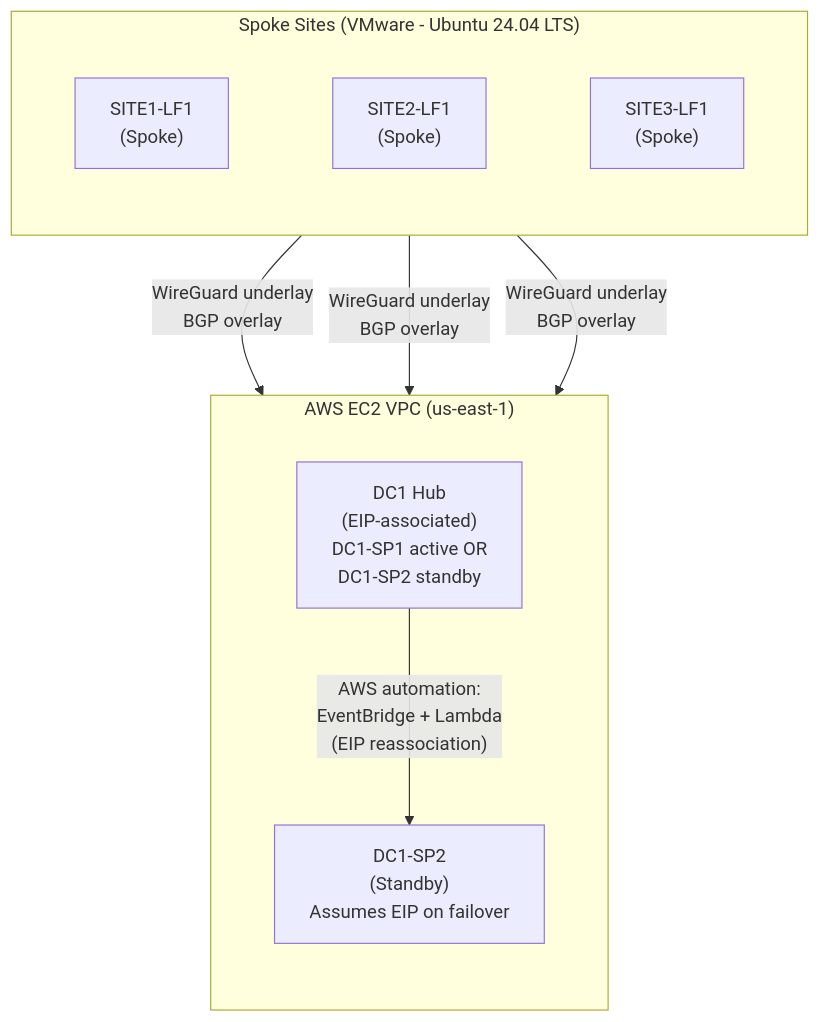
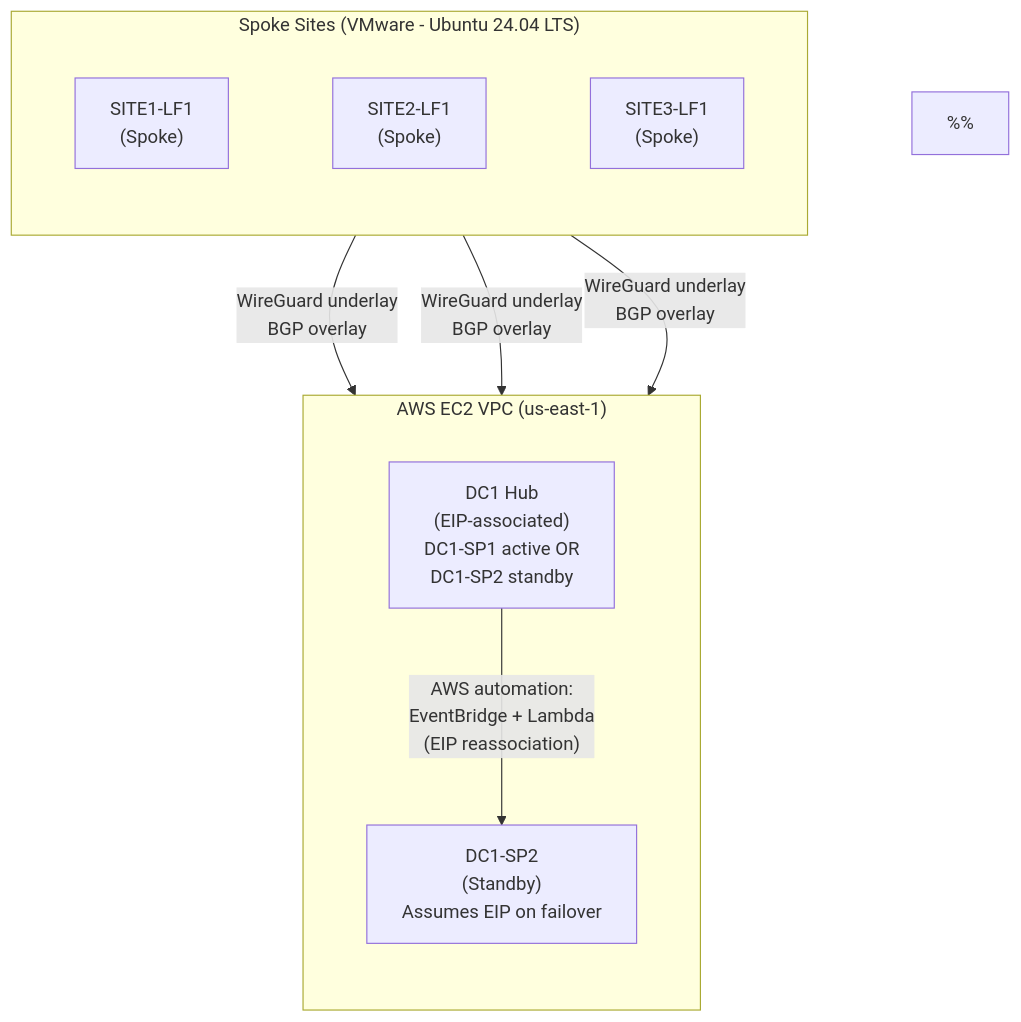
The diagram in diagrams/logical-architecture.mmd (erschmittnetwork/aws-wireguard-bgp-wan), drawn with Mermaid before and after one commit.

Commit message:
Reposition graph TD before comment block

```diff
--- a/diagrams/logical-architecture.mmd
+++ b/diagrams/logical-architecture.mmd
@@ -1,20 +1,89 @@
 %%{init: {'theme':'default','flowchart':{'htmlLabels': true, 'nodeSpacing':90, 'rankSpacing': 90}}}%%
 graph TD
+
+%%=====================================================================
+%% Logical Architecture Diagram
+%%
+%% Purpose:
+%%   Illustrates high-level WAN topology for the AWS WireGuard BGP lab.
+%%
+%% Scope:
+%%   - Logical connectivity only (not physical rack topology)
+%%   - Control-plane and data-plane relationships
+%%   - Failover mechanism via Elastic IP reassociation
+%%
+%% Exclusions:
+%%   - No route table visualization
+%%   - No packet-flow sequencing
+%%
+%% Layout Configuration:
+%%   - TD (top-down) flow for readability
+%%   - Increased nodeSpacing and rankSpacing for clarity
+%%   - htmlLabels enabled to allow line breaks in nodes
+%%=====================================================================
+
+  %%-------------------------------------------------------------------
+  %% Spoke Sites (On-Prem / Virtualized)
+  %%
+  %% Modeled as Ubuntu 24.04 LTS virtual machines hosted on VMware.
+  %% Each spoke establishes:
+  %%   - WireGuard encrypted tunnel (data plane)
+  %%   - BGP peering session (control plane)
+  %%-------------------------------------------------------------------
   subgraph Sites["Spoke Sites (VMware - Ubuntu 24.04 LTS)"]
     direction TB
     SITE1["SITE1-LF1<br/>(Spoke)"]
     SITE2["SITE2-LF1<br/>(Spoke)"]
     SITE3["SITE3-LF1<br/>(Spoke)"]
   end
 
+  %%-------------------------------------------------------------------
+  %% AWS Hub Environment
+  %%
+  %% Single VPC in us-east-1 containing two hub instances.
+  %%
+  %% DC1-SP1:
+  %%   - Active hub under normal operation
+  %%   - Associated with Elastic IP
+  %%
+  %% DC1-SP2:
+  %%   - Standby hub
+  %%   - Assumes Elastic IP upon failover
+  %%
+  %% Elastic IP serves as stable ingress endpoint for spokes.
+  %%-------------------------------------------------------------------
   subgraph AWS["AWS EC2 VPC (us-east-1)"]
     direction TB
     HUB["DC1 Hub<br/>(EIP-associated)<br/>DC1-SP1 active OR<br/>DC1-SP2 standby"]
     HUB2["DC1-SP2<br/>(Standby)<br/>Assumes EIP on failover"]
   end
 
+  %%-------------------------------------------------------------------
+  %% Spoke-to-Hub Connectivity
+  %%
+  %% Underlay:
+  %%   - WireGuard encrypted UDP transport
+  %%
+  %% Overlay:
+  %%   - BGP peering for dynamic route advertisement
+  %%
+  %% All spokes peer with the active hub endpoint (EIP).
+  %%-------------------------------------------------------------------
   SITE1 -->|"WireGuard underlay<br/>BGP overlay"| HUB
   SITE2 -->|"WireGuard underlay<br/>BGP overlay"| HUB
   SITE3 -->|"WireGuard underlay<br/>BGP overlay"| HUB
 
+  %%-------------------------------------------------------------------
+  %% Hub Failover Automation
+  %%
+  %% Trigger Mechanism:
+  %%   - AWS EventBridge monitors hub state
+  %%
+  %% Action:
+  %%   - Lambda function reassigns Elastic IP
+  %%
+  %% Effect:
+  %%   - Standby hub assumes public endpoint
+  %%   - Spokes re-establish tunnels and BGP sessions
+  %%-------------------------------------------------------------------
   HUB -->|"AWS automation:<br/>EventBridge + Lambda<br/>(EIP reassociation)"| HUB2
```
